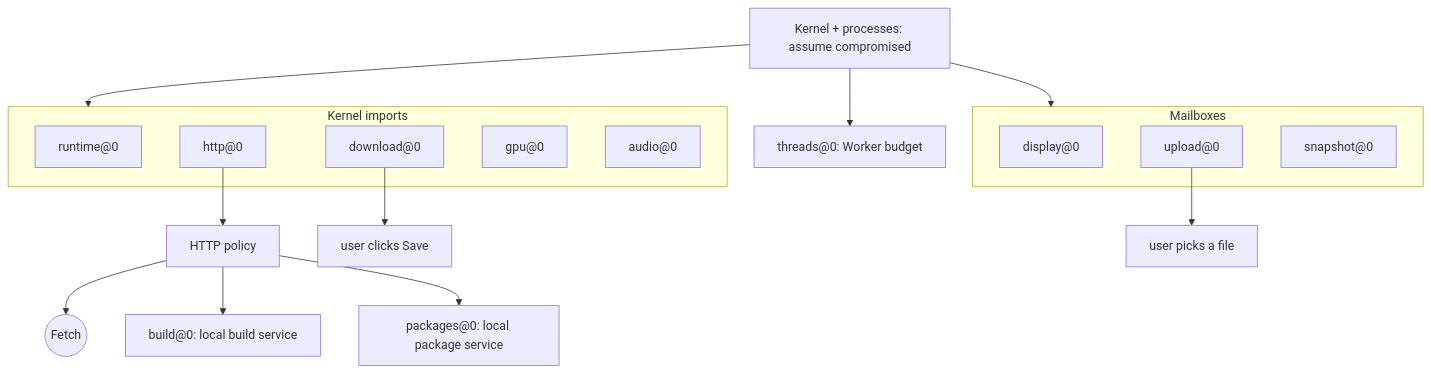
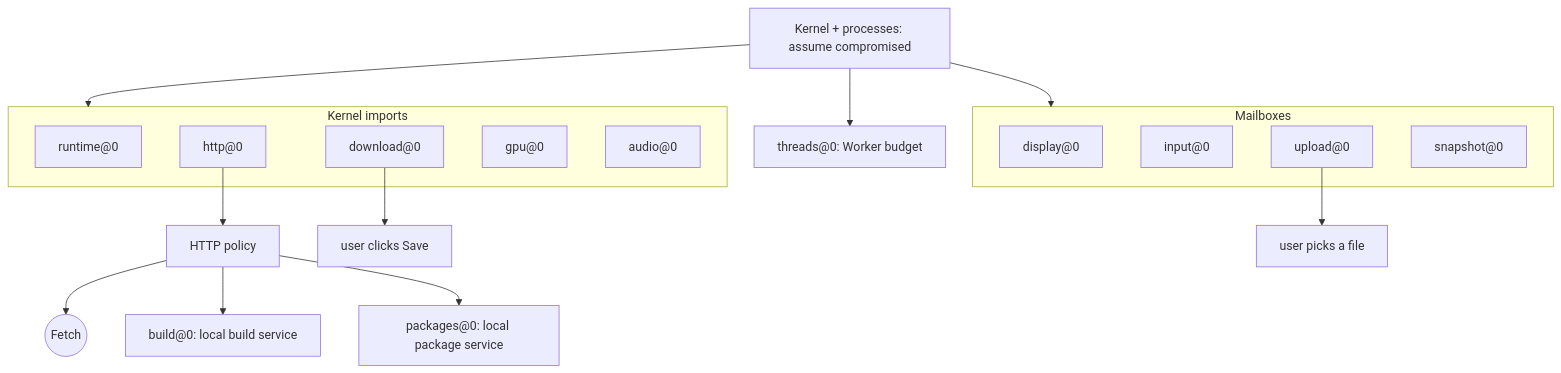
Before and after one commit to daugasauron/dolly: the diagram in docs/browser-boundary.md, drawn with Mermaid. The commit also changed other lines of this file and 7 other files, not shown here.

````diff
--- a/docs/browser-boundary.md
+++ b/docs/browser-boundary.md
@@ -13,26 +13,27 @@
 ```mermaid
 flowchart TB
   guest["Kernel + processes: assume compromised"]
   subgraph imports["Kernel imports"]
     rt["runtime@0"]
     http["http@0"]
     dl["download@0"]
     gpu["gpu@0"]
     au["audio@0"]
   end
   subgraph mailboxes["Mailboxes"]
     disp["display@0"]
+    inp["input@0"]
     up["upload@0"]
     snap["snapshot@0"]
   end
   th["threads@0: Worker budget"]
   guest --> imports
   guest --> mailboxes
   guest --> th
   http --> policy["HTTP policy"]
   policy --> fetch(("Fetch"))
   policy --> build["build@0: local build service"]
   policy --> packages["packages@0: local package service"]
   dl --> save["user clicks Save"]
   up --> picker["user picks a file"]
 ```
````
